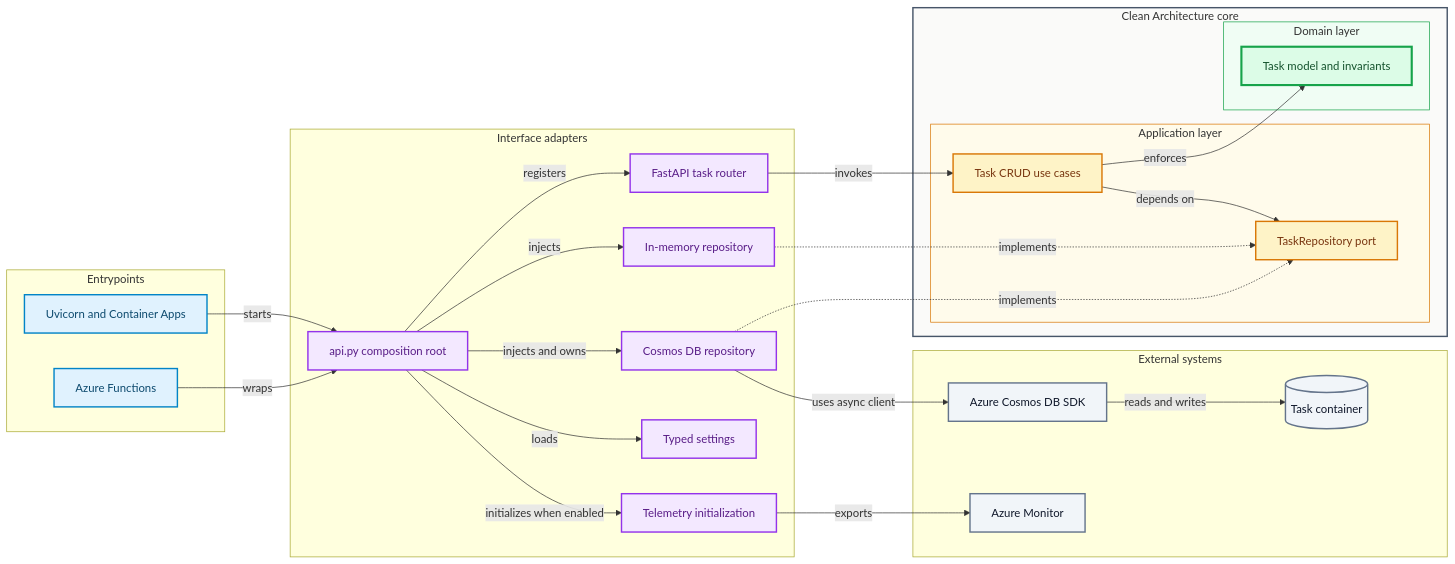
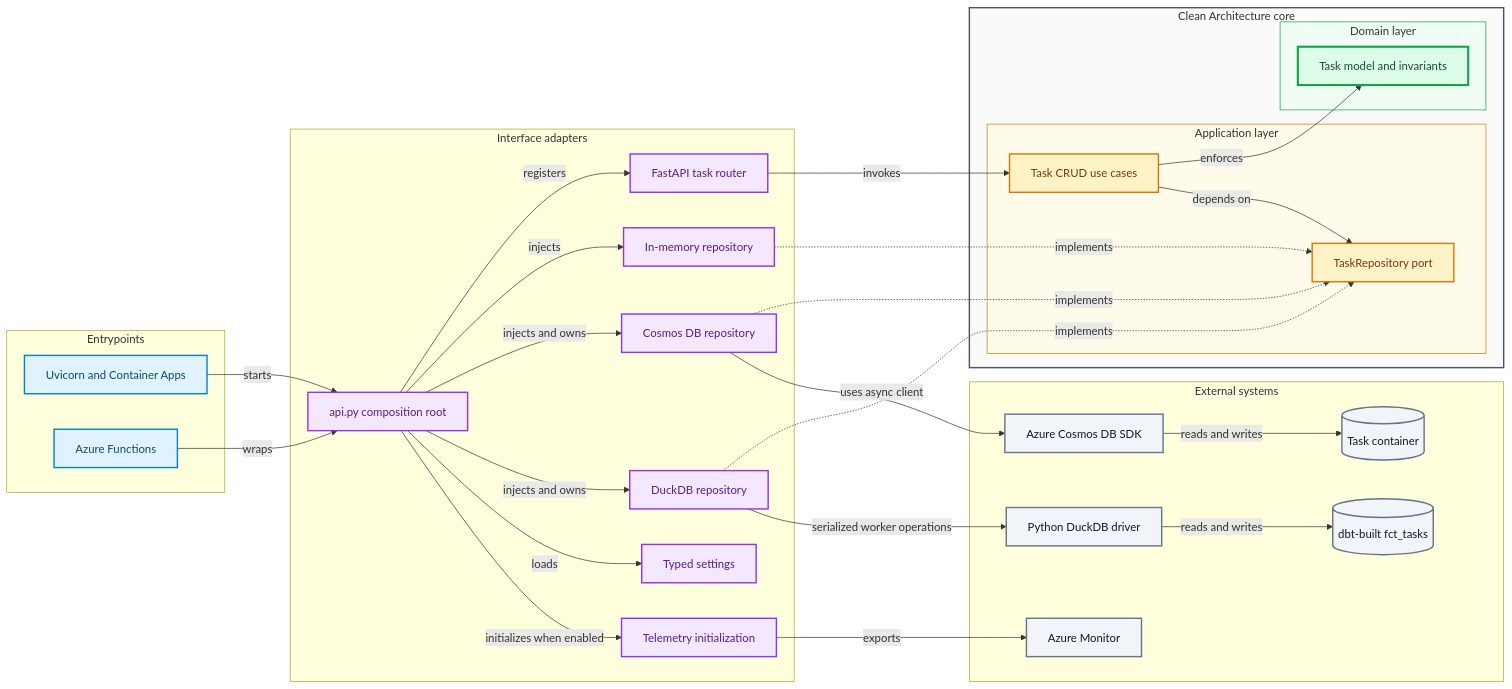
One commit to ks6088ts-labs/template-azure-python changed the first of 3 diagrams in docs/architecture/index.md. Above: the diagram before and after it, drawn with Mermaid. The commit also changed other lines of this file and 29 other files, not shown here.

First line of the commit message:
Add DuckDB support for task repository and related tests

````diff
--- a/docs/architecture/index.md
+++ b/docs/architecture/index.md
@@ -34,62 +35,69 @@
 ```mermaid
 flowchart LR
     subgraph ApiEntrypoints["Entrypoints"]
         launcher["Uvicorn and Container Apps"]
         functions["Azure Functions"]
     end
 
     subgraph ApiOuter["Interface adapters"]
         api["api.py composition root"]
         http["FastAPI task router"]
         memory["In-memory repository"]
         cosmos["Cosmos DB repository"]
+        duck["DuckDB repository"]
         telemetry["Telemetry initialization"]
         settings["Typed settings"]
     end
 
     subgraph ApiCore["Clean Architecture core"]
         subgraph ApiApplication["Application layer"]
             usecases["Task CRUD use cases"]
             port["TaskRepository port"]
         end
         subgraph ApiDomain["Domain layer"]
             domain["Task model and invariants"]
         end
     end
 
     subgraph ApiExternal["External systems"]
         cosmossdk["Azure Cosmos DB SDK"]
         data[("Task container")]
+        duckdriver["Python DuckDB driver"]
+        duckdata[("dbt-built fct_tasks")]
         monitor["Azure Monitor"]
     end
 
     launcher -->|"starts"| api
     functions -->|"wraps"| api
     api -->|"registers"| http
     http -->|"invokes"| usecases
     usecases -->|"enforces"| domain
     usecases -->|"depends on"| port
     api -->|"injects"| memory
     api -->|"injects and owns"| cosmos
+    api -->|"injects and owns"| duck
     memory -.->|"implements"| port
     cosmos -.->|"implements"| port
+    duck -.->|"implements"| port
     cosmos -->|"uses async client"| cosmossdk
     cosmossdk -->|"reads and writes"| data
+    duck -->|"serialized worker operations"| duckdriver
+    duckdriver -->|"reads and writes"| duckdata
     api -->|"loads"| settings
     api -->|"initializes when enabled"| telemetry
     telemetry -->|"exports"| monitor
 
     classDef entry fill:#E0F2FE,stroke:#0284C7,color:#0C4A6E,stroke-width:2px
     classDef adapter fill:#F3E8FF,stroke:#9333EA,color:#581C87,stroke-width:2px
     classDef application fill:#FEF3C7,stroke:#D97706,color:#78350F,stroke-width:2px
     classDef domain fill:#DCFCE7,stroke:#16A34A,color:#14532D,stroke-width:3px
     classDef external fill:#F1F5F9,stroke:#64748B,color:#0F172A,stroke-width:2px
     class launcher,functions entry
-    class api,http,memory,cosmos,telemetry,settings adapter
+    class api,http,memory,cosmos,duck,telemetry,settings adapter
     class usecases,port application
     class domain domain
-    class cosmossdk,data,monitor external
+    class cosmossdk,data,duckdriver,duckdata,monitor external
     style ApiCore fill:#FAFAF9,stroke:#475569,stroke-width:2px
     style ApiApplication fill:#FFFBEB,stroke:#D97706,stroke-width:1px
     style ApiDomain fill:#F0FDF4,stroke:#16A34A,stroke-width:1px
 ```
````
